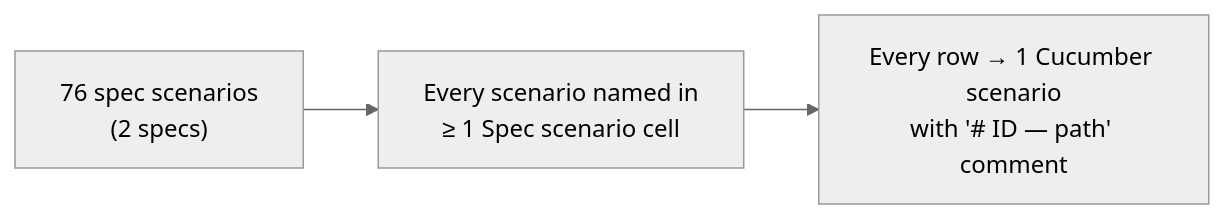
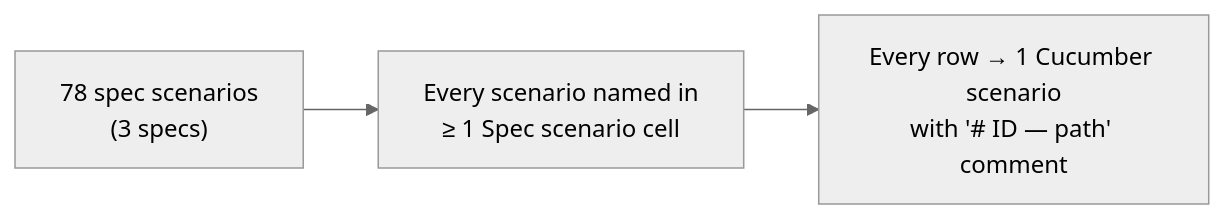
The second of 2 diagrams in openspec/changes/grid-columns-inline-settings/business-rules.md (sampadadiwan/IRM_CompanyMain), drawn with Mermaid (neutral theme) before and after one commit. The commit also changed other lines of this file and 5 other files, not shown here.

````diff
--- a/openspec/changes/grid-columns-inline-settings/business-rules.md
+++ b/openspec/changes/grid-columns-inline-settings/business-rules.md
@@ -219,5 +221,5 @@
 ```mermaid
 flowchart LR
-    S["76 spec scenarios<br/>(2 specs)"] --> R["Every scenario named in<br/>≥ 1 Spec scenario cell"]
+    S["78 spec scenarios<br/>(3 specs)"] --> R["Every scenario named in<br/>≥ 1 Spec scenario cell"]
     R --> F["Every row → 1 Cucumber scenario<br/>with '# ID — path' comment"]
 ```
````
